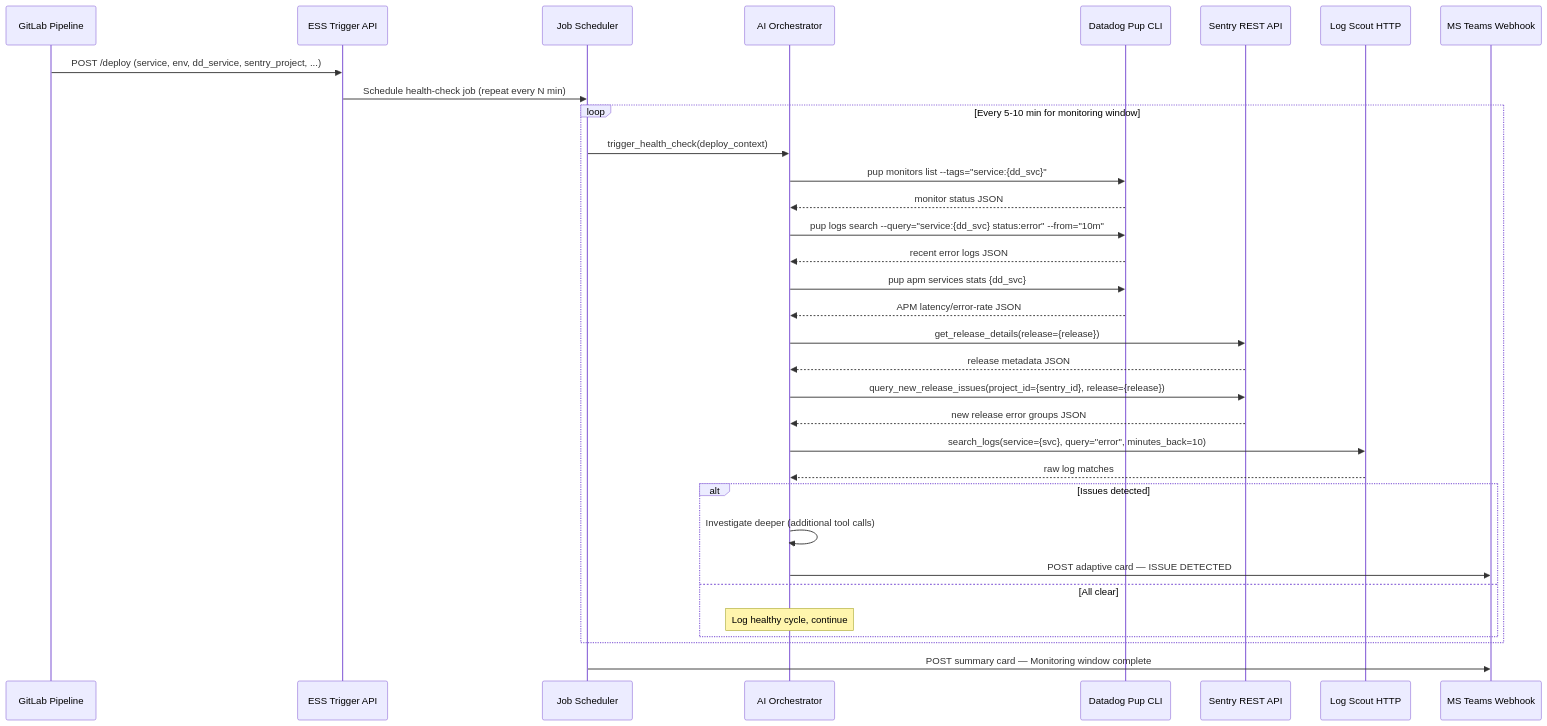
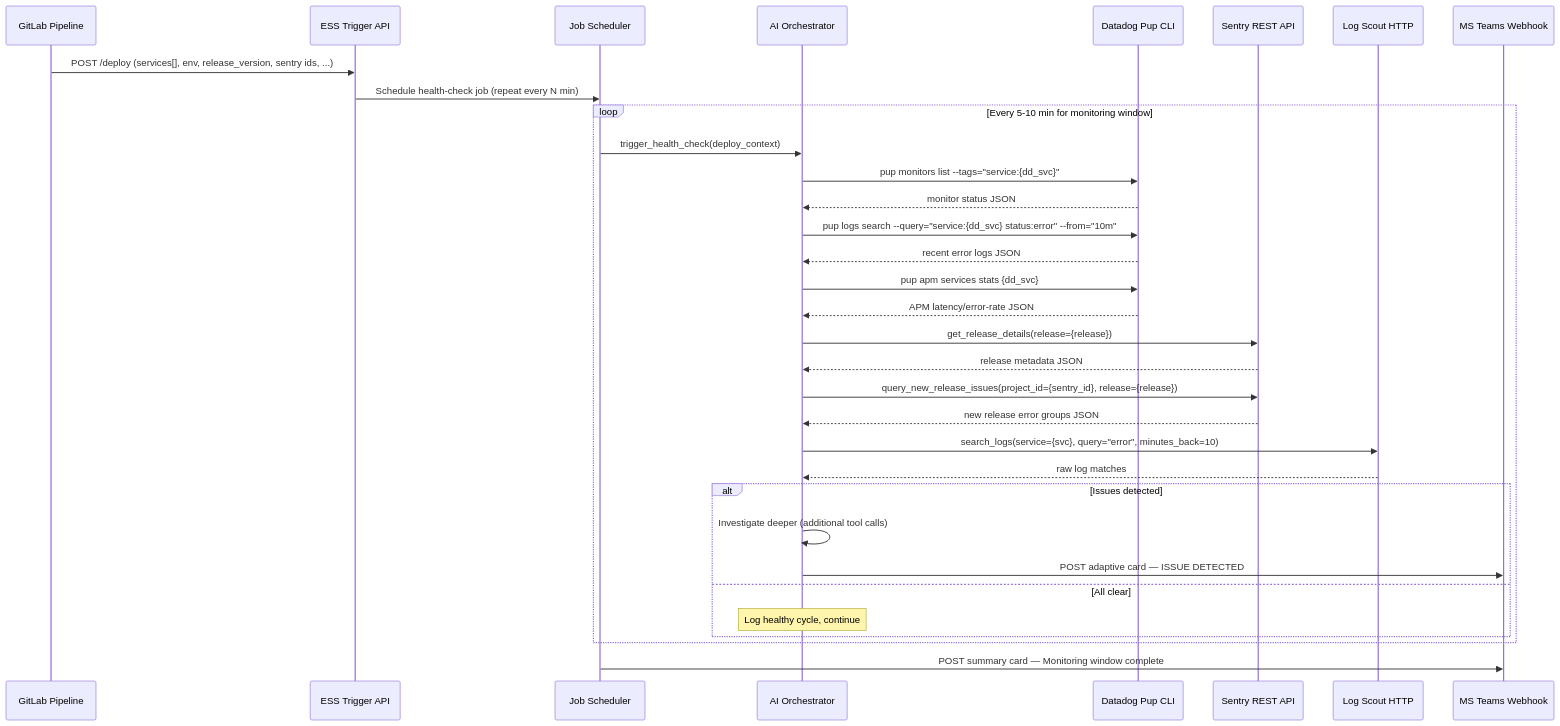
One commit to elis-salobehaj/ess changed the first of 3 diagrams in docs/plans/active/ess-eye-of-sauron-service.md. Above: the diagram before and after it, drawn with Mermaid. The commit also changed other lines of this file and 27 other files, not shown here.

````diff
--- a/docs/plans/active/ess-eye-of-sauron-service.md
+++ b/docs/plans/active/ess-eye-of-sauron-service.md
@@ -125,39 +130,39 @@
 ```mermaid
 sequenceDiagram
     participant GL as GitLab Pipeline
     participant ESS as ESS Trigger API
     participant SCHED as Job Scheduler
     participant AGENT as AI Orchestrator
     participant PUP as Datadog Pup CLI
     participant SENTRY as Sentry REST API
     participant LOGS as Log Scout HTTP
     participant TEAMS as MS Teams Webhook
 
-    GL->>ESS: POST /deploy (service, env, dd_service, sentry_project, ...)
+    GL->>ESS: POST /deploy (services[], env, release_version, sentry ids, ...)
     ESS->>SCHED: Schedule health-check job (repeat every N min)
 
     loop Every 5-10 min for monitoring window
         SCHED->>AGENT: trigger_health_check(deploy_context)
         AGENT->>PUP: pup monitors list --tags="service:{dd_svc}"
         PUP-->>AGENT: monitor status JSON
         AGENT->>PUP: pup logs search --query="service:{dd_svc} status:error" --from="10m"
         PUP-->>AGENT: recent error logs JSON
         AGENT->>PUP: pup apm services stats {dd_svc}
         PUP-->>AGENT: APM latency/error-rate JSON
         AGENT->>SENTRY: get_release_details(release={release})
         SENTRY-->>AGENT: release metadata JSON
         AGENT->>SENTRY: query_new_release_issues(project_id={sentry_id}, release={release})
         SENTRY-->>AGENT: new release error groups JSON
         AGENT->>LOGS: search_logs(service={svc}, query="error", minutes_back=10)
         LOGS-->>AGENT: raw log matches
 
         alt Issues detected
             AGENT->>AGENT: Investigate deeper (additional tool calls)
             AGENT->>TEAMS: POST adaptive card — ISSUE DETECTED
         else All clear
             Note over AGENT: Log healthy cycle, continue
         end
     end
 
     SCHED->>TEAMS: POST summary card — Monitoring window complete
 ```
````
